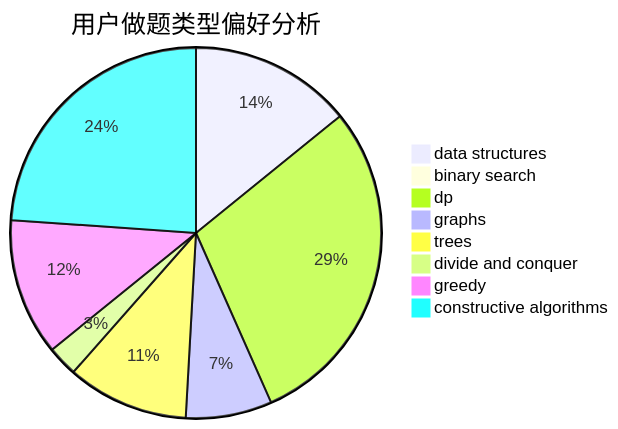
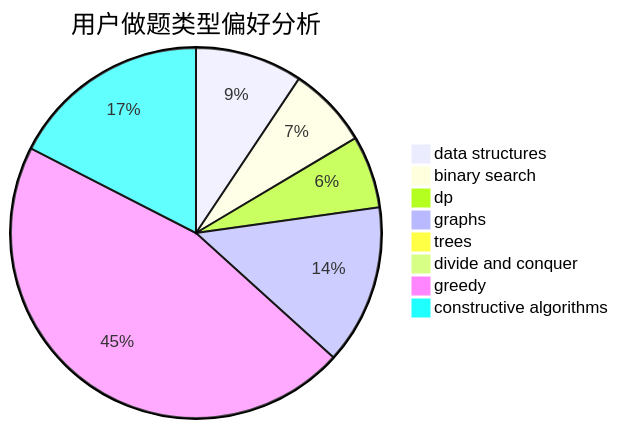
The second of 3 diagrams in docs/user/u2078.md (sherpahu/cfrs.github.io), drawn with Mermaid before and after one commit. The commit also changed other lines of this file and 2770 other files, not shown here.

````diff
--- a/docs/user/u2078.md
+++ b/docs/user/u2078.md
@@ -23,11 +23,11 @@
 ```mermaid
 pie title 用户做题类型偏好分析
-    "data structures" :  32
-    "binary search" :  2
-    "dp" :  66
-    "graphs" :  17
-    "trees" :  24
-    "divide and conquer" :  6
-    "greedy" :  27
-    "constructive algorithms" :  54
+    "data structures" :  37
+    "binary search" :  28
+    "dp" :  25
+    "graphs" :  55
+    "trees" :  2
+    "divide and conquer" :  2
+    "greedy" :  181
+    "constructive algorithms" :  69
 ```
````
